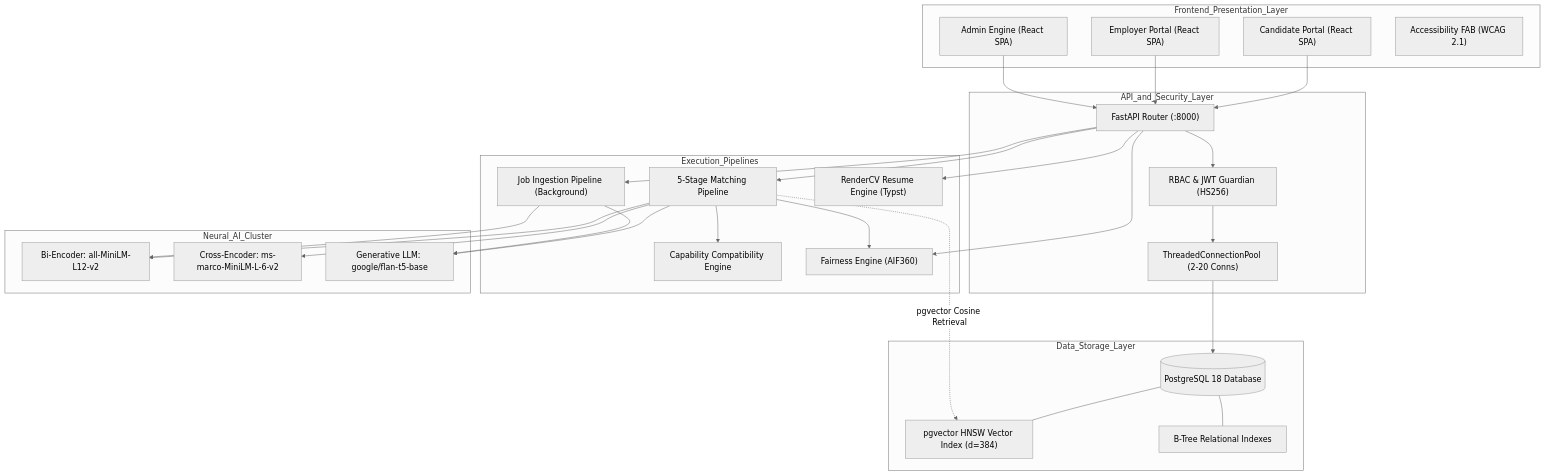
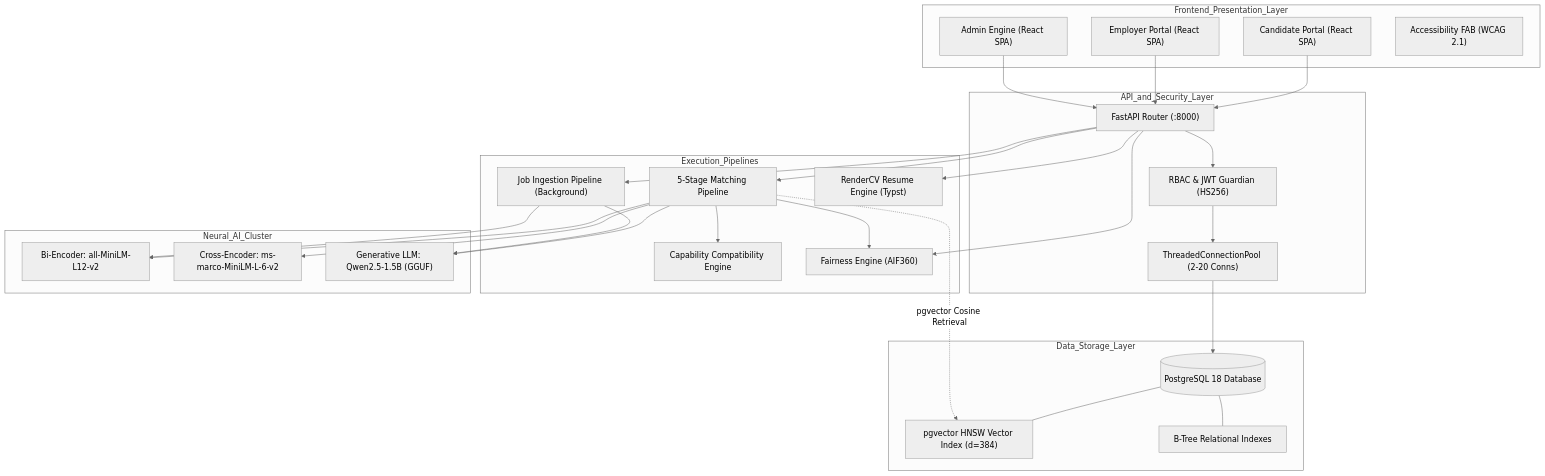
One commit to AetherrAkuma/UPLIFT-Thesis changed the first of 3 diagrams in ARCHITECTURAL_WALKTHROUGH.md. Above: the diagram before and after it, drawn with Mermaid (neutral theme). The commit also changed other lines of this file and 37 other files, not shown here.

````diff
--- a/ARCHITECTURAL_WALKTHROUGH.md
+++ b/ARCHITECTURAL_WALKTHROUGH.md
@@ -93,59 +93,59 @@
 ```mermaid
 graph TB
     subgraph Frontend_Presentation_Layer
         CP["Candidate Portal (React SPA)"]
         EP["Employer Portal (React SPA)"]
         AE["Admin Engine (React SPA)"]
         FAB["Accessibility FAB (WCAG 2.1)"]
     end
 
     subgraph API_and_Security_Layer
         ROUTER["FastAPI Router (:8000)"]
         RBAC["RBAC & JWT Guardian (HS256)"]
         POOL["ThreadedConnectionPool (2-20 Conns)"]
     end
 
     subgraph Execution_Pipelines
         MP["5-Stage Matching Pipeline"]
         IP["Job Ingestion Pipeline (Background)"]
         CE_ENG["Capability Compatibility Engine"]
         CV_ENG["RenderCV Resume Engine (Typst)"]
         FE["Fairness Engine (AIF360)"]
     end
 
     subgraph Data_Storage_Layer
         PG[("PostgreSQL 18 Database")]
         HNSW["pgvector HNSW Vector Index (d=384)"]
         BTREE["B-Tree Relational Indexes"]
     end
 
     subgraph Neural_AI_Cluster
         BE["Bi-Encoder: all-MiniLM-L12-v2"]
         CE["Cross-Encoder: ms-marco-MiniLM-L-6-v2"]
-        GEN["Generative LLM: google/flan-t5-base"]
+        GEN["Generative LLM: Qwen2.5-1.5B (GGUF)"]
     end
 
     CP --> ROUTER
     EP --> ROUTER
     AE --> ROUTER
     ROUTER --> RBAC
     RBAC --> POOL
 
     ROUTER --> MP
     ROUTER --> IP
     ROUTER --> CV_ENG
     ROUTER --> FE
 
     MP --> BE
     MP --> CE
     MP --> CE_ENG
     MP --> GEN
     MP --> FE
     IP --> GEN
     IP --> BE
 
     POOL --> PG
     PG --- HNSW
     PG --- BTREE
     MP -. "pgvector Cosine Retrieval" .-> HNSW
 ```
````
